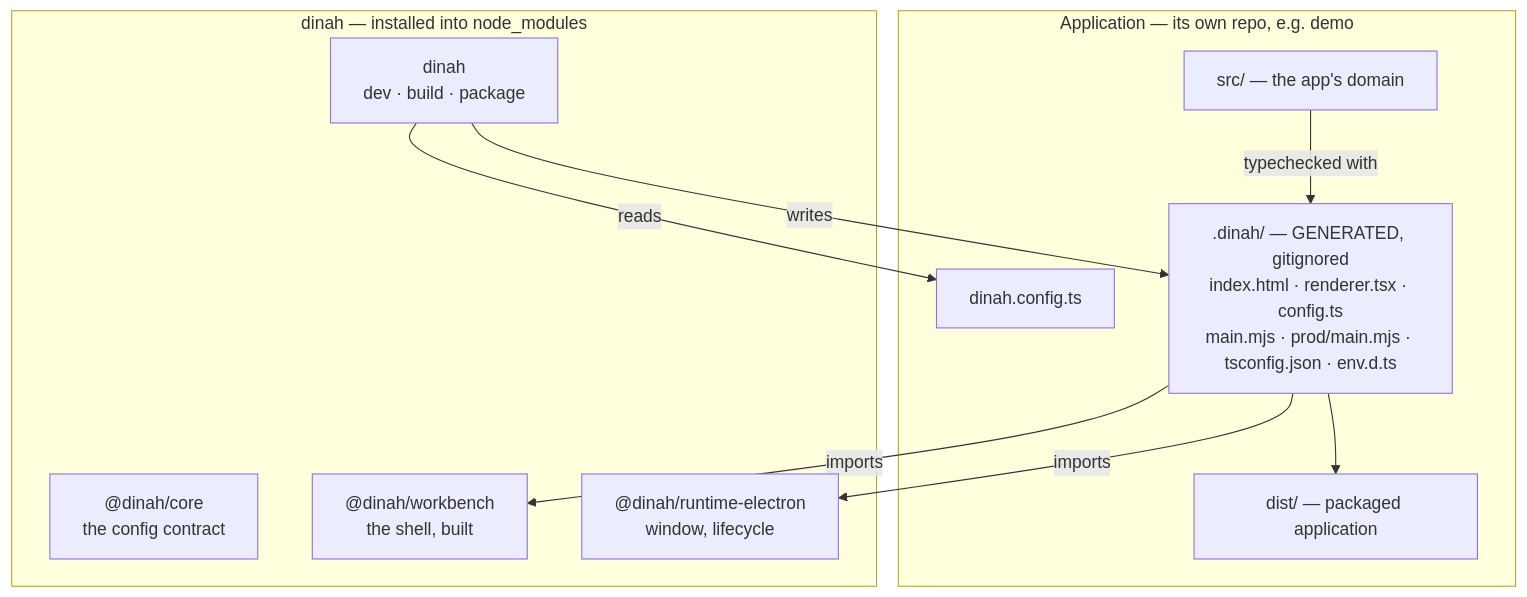
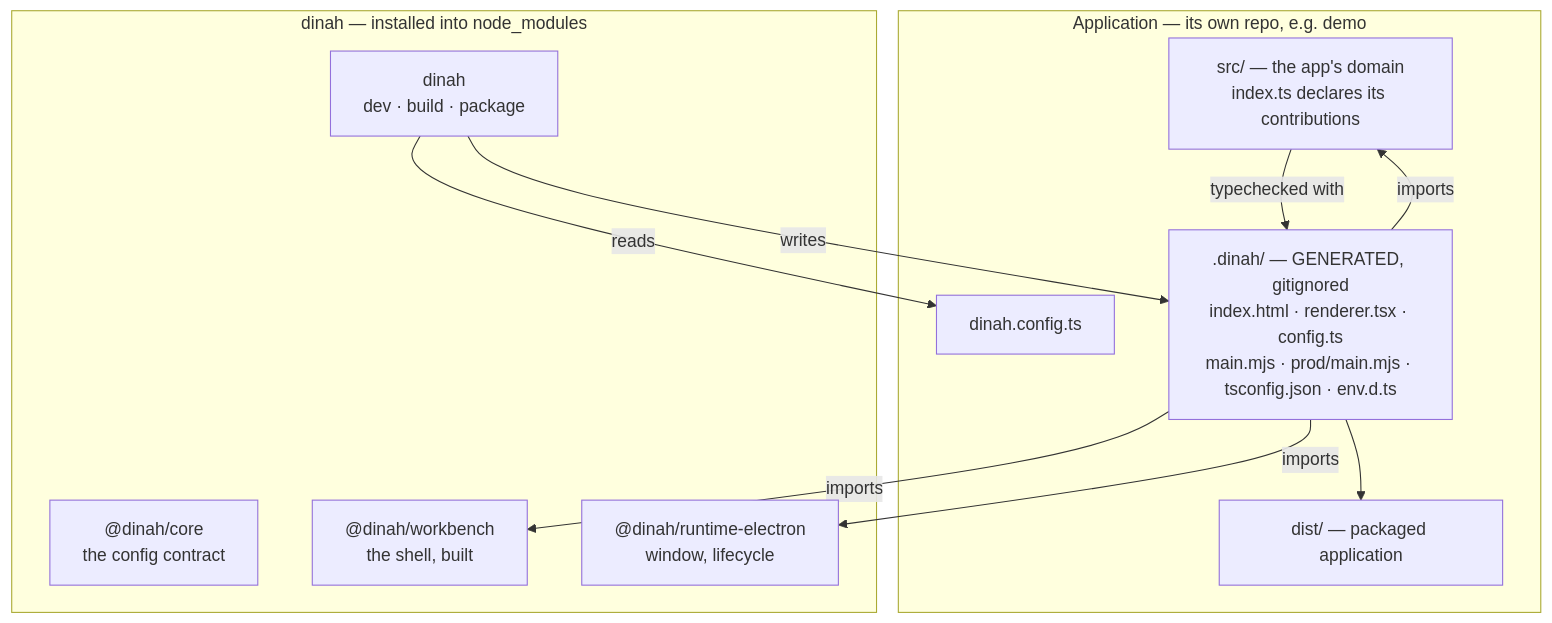
The second of 4 diagrams in docs/guides/framework-architecture.md (meersajidh/cheshire), drawn with Mermaid before and after one commit. The commit also changed other lines of this file and 20 other files, not shown here.

````diff
--- a/docs/guides/framework-architecture.md
+++ b/docs/guides/framework-architecture.md
@@ -88,21 +89,22 @@
 ```mermaid
 flowchart TD
   subgraph APP["Application — its own repo, e.g. demo"]
     CFG["dinah.config.ts"]
-    SRC["src/ — the app's domain"]
+    SRC["src/ — the app's domain<br/>index.ts declares its contributions"]
     GEN[".dinah/ — GENERATED, gitignored<br/>index.html · renderer.tsx · config.ts<br/>main.mjs · prod/main.mjs · tsconfig.json · env.d.ts"]
     OUT["dist/ — packaged application"]
   end
   subgraph FW["dinah — installed into node_modules"]
     CORE["@dinah/core<br/>the config contract"]
     WB["@dinah/workbench<br/>the shell, built"]
     RT["@dinah/runtime-electron<br/>window, lifecycle"]
     CLI["dinah<br/>dev · build · package"]
   end
   CLI -->|reads| CFG
   CLI -->|writes| GEN
   GEN -->|imports| WB
   GEN -->|imports| RT
+  GEN -->|imports| SRC
   SRC -->|typechecked with| GEN
   GEN --> OUT
 ```
````
